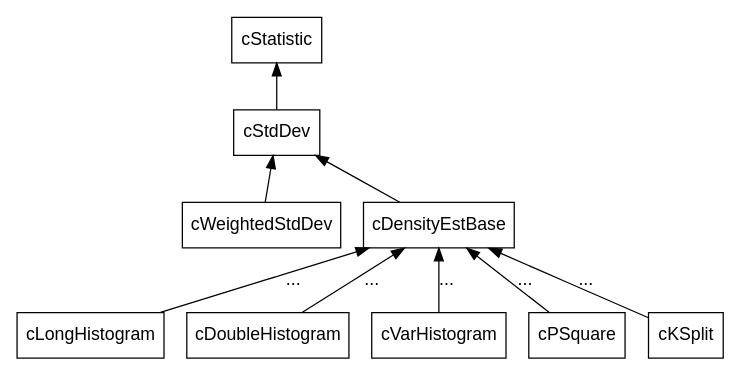
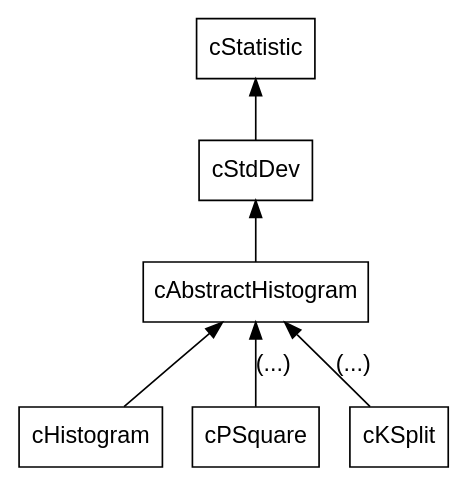
One commit to omnetpp/omnetpp changed the diagram in doc/src/manual/figures/cstatistic-inheritance.dot. Above: the diagram before and after it, drawn with Graphviz. The commit also changed 6 other files, not shown here.

Commit message:
doc: usman: rewrote cHistogram/cStdDev part due to recent changes

```diff
--- a/doc/src/manual/figures/cstatistic-inheritance.dot
+++ b/doc/src/manual/figures/cstatistic-inheritance.dot
@@ -1,17 +1,14 @@
 digraph g {
         fontsize=12; size="6,6";
         node [fontname="Arial"];
         edge [fontname="Arial"];
 
         node [shape = "rectangle"];
         edge [dir = "back"];
 
         cStatistic -> cStdDev;
-        cStdDev -> cWeightedStdDev;
-        cStdDev -> cDensityEstBase;
-        cDensityEstBase -> cLongHistogram [label="..."];
-        cDensityEstBase -> cDoubleHistogram [label="..."];
-        cDensityEstBase -> cVarHistogram [label="..."];
-        cDensityEstBase -> cPSquare [label="..."];
-        cDensityEstBase -> cKSplit [label="..."];
+        cStdDev -> cAbstractHistogram;
+        cAbstractHistogram -> cHistogram;
+        cAbstractHistogram -> cPSquare [label="(...)"];
+        cAbstractHistogram -> cKSplit [label="(...)"];
 }
```
